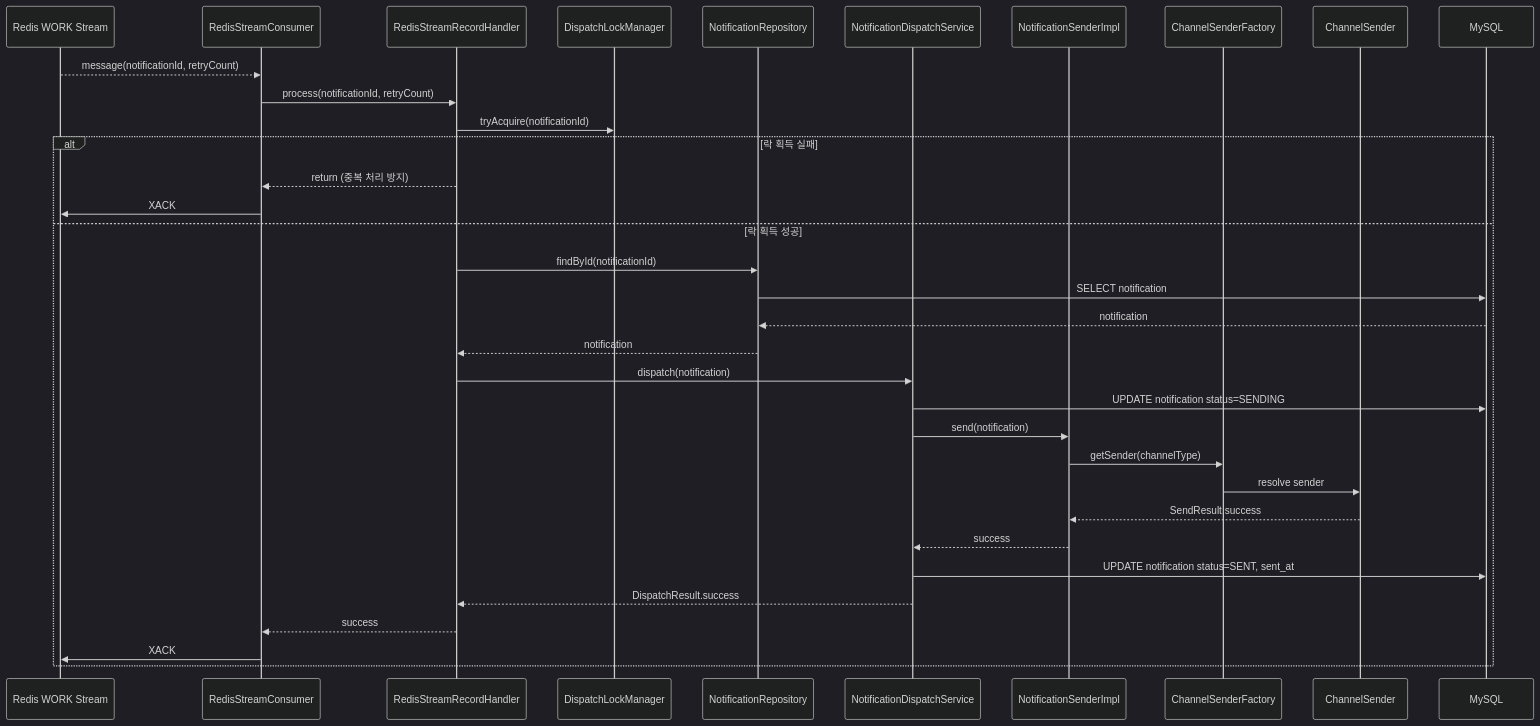
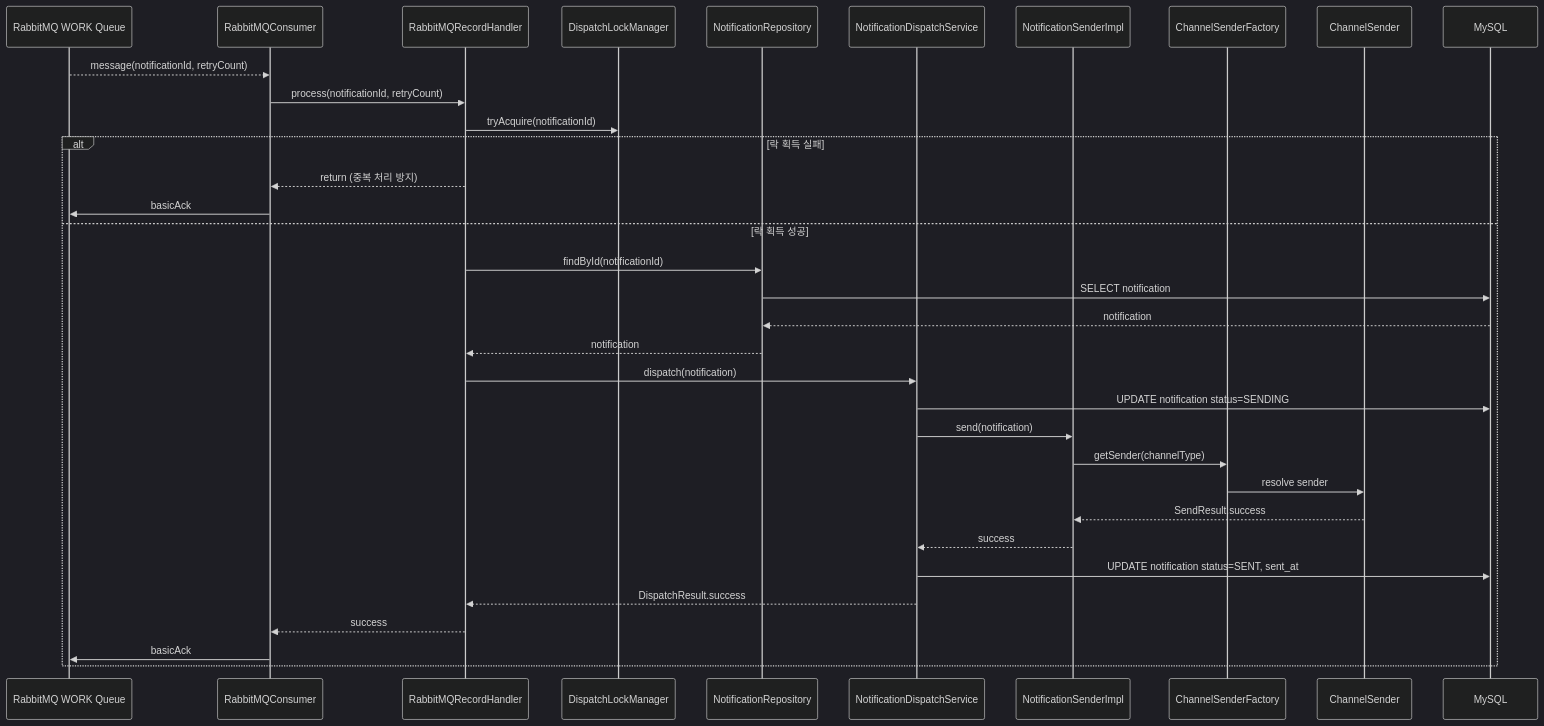
Before and after one commit to yht0827/notification-dispatcher: the third of 5 diagrams in docs/02-sequence-diagrams.md, drawn with Mermaid (dark theme). The commit also changed other lines of this file and 7 other files, not shown here.

Commit message:
chore: 메시징 로직을 Redis Stream에서 RabbitMQ로 전환, 관련 클래스 및 테스트 리팩토링, 문서 업데이트

````diff
--- a/docs/02-sequence-diagrams.md
+++ b/docs/02-sequence-diagrams.md
@@ -99,40 +99,40 @@
 ```mermaid
 sequenceDiagram
-    participant RS as Redis WORK Stream
-    participant C as RedisStreamConsumer
-    participant H as RedisStreamRecordHandler
+    participant RS as RabbitMQ WORK Queue
+    participant C as RabbitMQConsumer
+    participant H as RabbitMQRecordHandler
     participant L as DispatchLockManager
     participant NR as NotificationRepository
     participant DS as NotificationDispatchService
     participant SA as NotificationSenderImpl
     participant SF as ChannelSenderFactory
     participant CS as ChannelSender
     participant DB as MySQL
 
     RS-->>C: message(notificationId, retryCount)
     C->>H: process(notificationId, retryCount)
     H->>L: tryAcquire(notificationId)
 
     alt 락 획득 실패
         H-->>C: return (중복 처리 방지)
-        C->>RS: XACK
+        C->>RS: basicAck
     else 락 획득 성공
         H->>NR: findById(notificationId)
         NR->>DB: SELECT notification
         DB-->>NR: notification
         NR-->>H: notification
 
         H->>DS: dispatch(notification)
         DS->>DB: UPDATE notification status=SENDING
         DS->>SA: send(notification)
         SA->>SF: getSender(channelType)
         SF->>CS: resolve sender
         CS-->>SA: SendResult.success
         SA-->>DS: success
         DS->>DB: UPDATE notification status=SENT, sent_at
         DS-->>H: DispatchResult.success
 
         H-->>C: success
-        C->>RS: XACK
+        C->>RS: basicAck
     end
 ```
````
